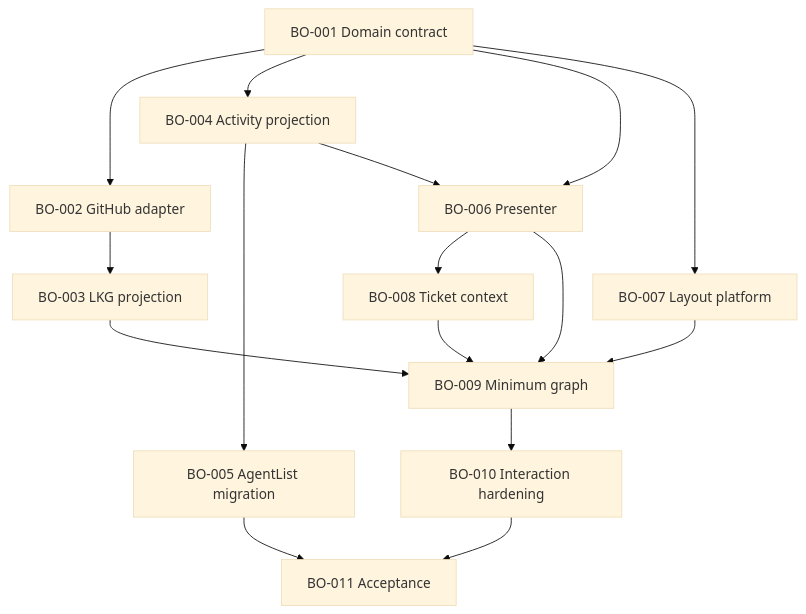
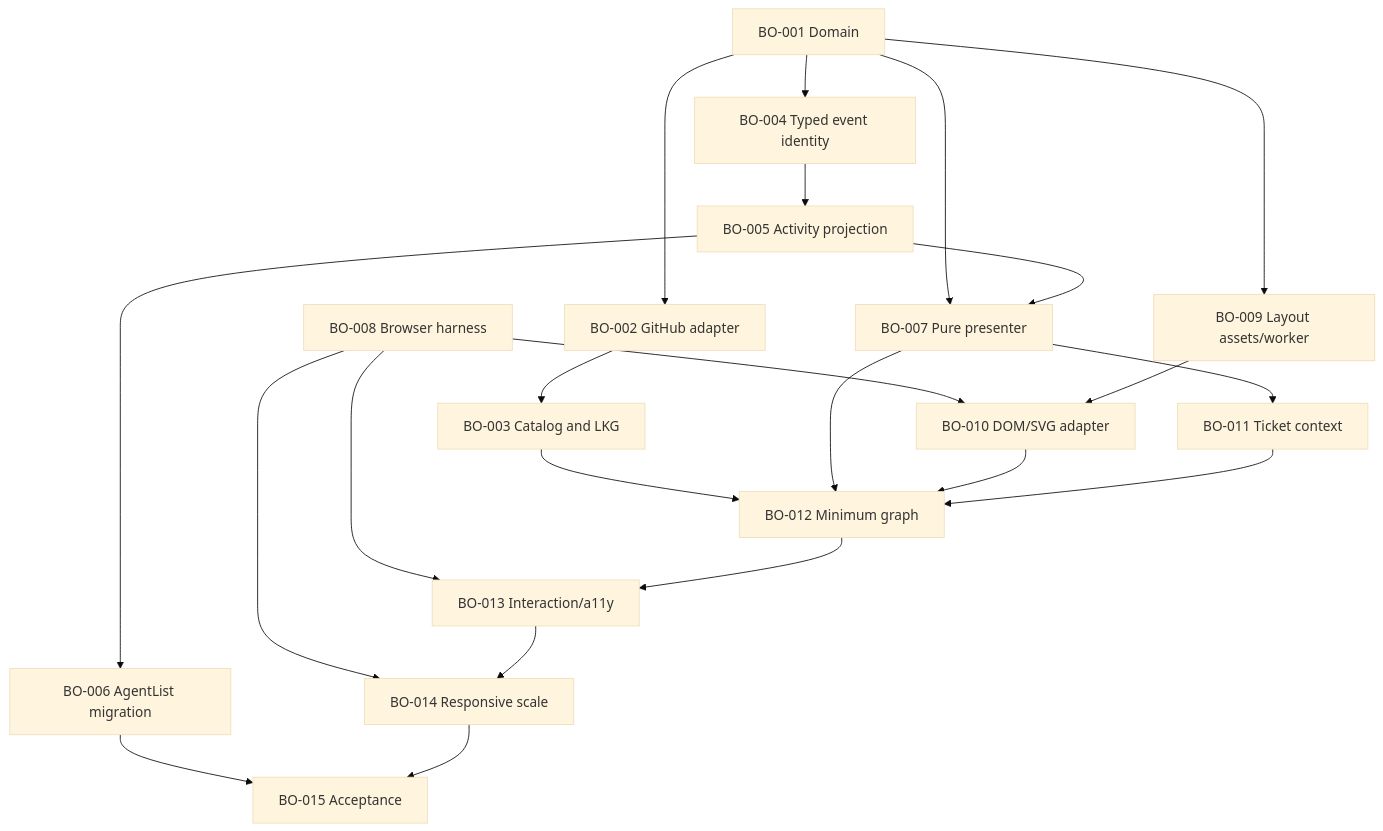
One commit to aiur-team/aiur changed the diagram in docs/build-order/README.md. Above: the diagram before and after it, drawn with Mermaid (base theme). The commit also changed other lines of this file and 66 other files, not shown here.

````diff
--- a/docs/build-order/README.md
+++ b/docs/build-order/README.md
@@ -46,18 +44,25 @@
 ```mermaid
 graph TD
-  B1[BO-001 Domain contract] --> B2[BO-002 GitHub adapter]
-  B2 --> B3[BO-003 LKG projection]
-  B1 --> B4[BO-004 Activity projection]
-  B4 --> B5[BO-005 AgentList migration]
-  B1 --> B6[BO-006 Presenter]
-  B4 --> B6
-  B1 --> B7[BO-007 Layout platform]
-  B6 --> B8[BO-008 Ticket context]
-  B3 --> B9[BO-009 Minimum graph]
-  B6 --> B9
-  B7 --> B9
-  B8 --> B9
-  B9 --> B10[BO-010 Interaction hardening]
-  B5 --> B11[BO-011 Acceptance]
-  B10 --> B11
+  B1[BO-001 Domain] --> B2[BO-002 GitHub adapter]
+  B2 --> B3[BO-003 Catalog and LKG]
+  B1 --> B4[BO-004 Typed event identity]
+  B4 --> B5[BO-005 Activity projection]
+  B5 --> B6[BO-006 AgentList migration]
+  B1 --> B7[BO-007 Pure presenter]
+  B5 --> B7
+  B8[BO-008 Browser harness]
+  B1 --> B9[BO-009 Layout assets/worker]
+  B8 --> B10[BO-010 DOM/SVG adapter]
+  B9 --> B10
+  B7 --> B11[BO-011 Ticket context]
+  B3 --> B12[BO-012 Minimum graph]
+  B7 --> B12
+  B10 --> B12
+  B11 --> B12
+  B8 --> B13[BO-013 Interaction/a11y]
+  B12 --> B13
+  B8 --> B14[BO-014 Responsive scale]
+  B13 --> B14
+  B6 --> B15[BO-015 Acceptance]
+  B14 --> B15
 ```
````
